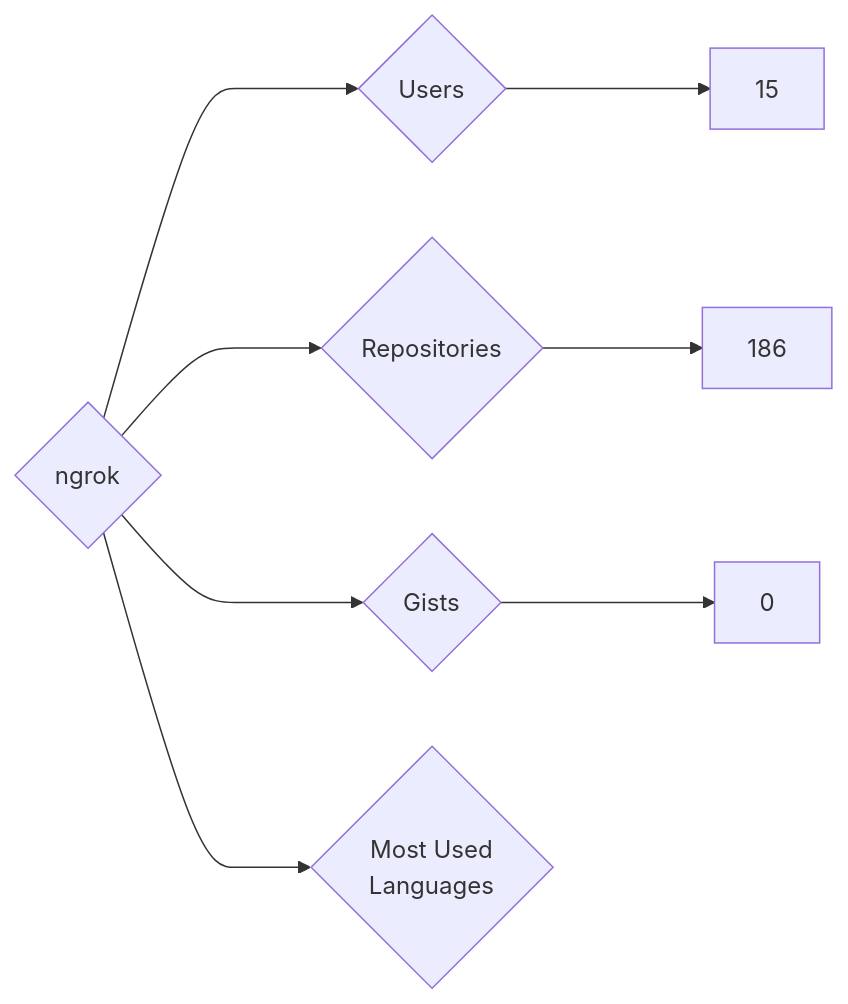
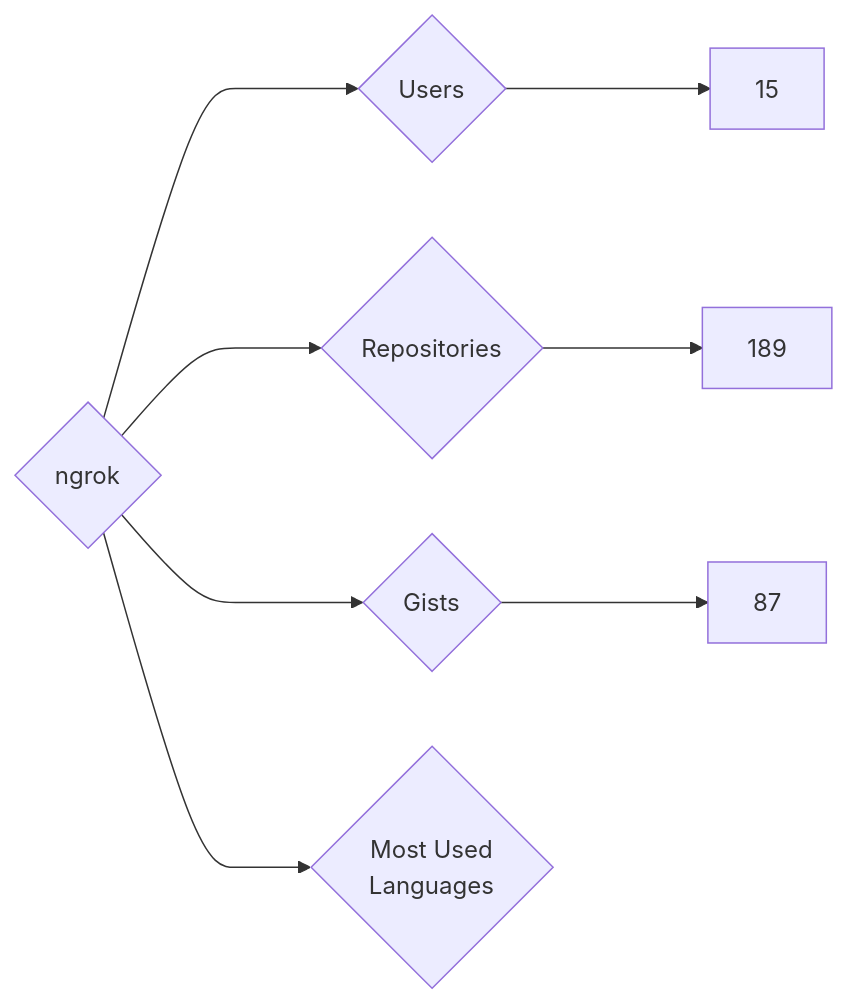
The diagram in targets/ngrok/README.md (nenadzaric/insiders), drawn with Mermaid before and after one commit. The commit also changed 1342 other files, not shown here.

````diff
--- a/targets/ngrok/README.md
+++ b/targets/ngrok/README.md
@@ -3,8 +3,8 @@
 ```mermaid
 graph LR
 COMPANY_NAME{ngrok}
 COMPANY_NAME ---> U{Users} ---> UN[15]
-COMPANY_NAME ---> R{Repositories} ---> RN[186]
-COMPANY_NAME ---> G{Gists} ---> GN[0]
+COMPANY_NAME ---> R{Repositories} ---> RN[189]
+COMPANY_NAME ---> G{Gists} ---> GN[87]
 COMPANY_NAME ---> ML{Most Used<br>Languages}
 ```
````
